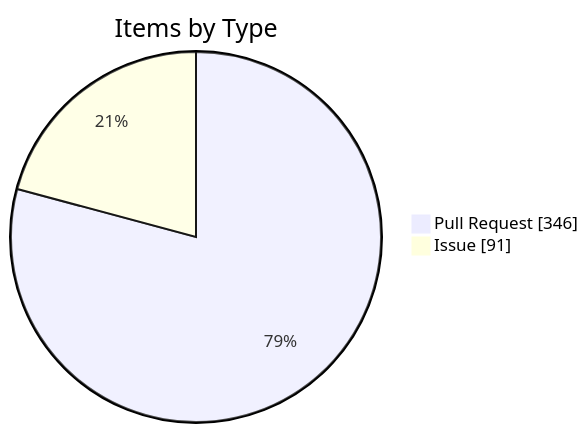
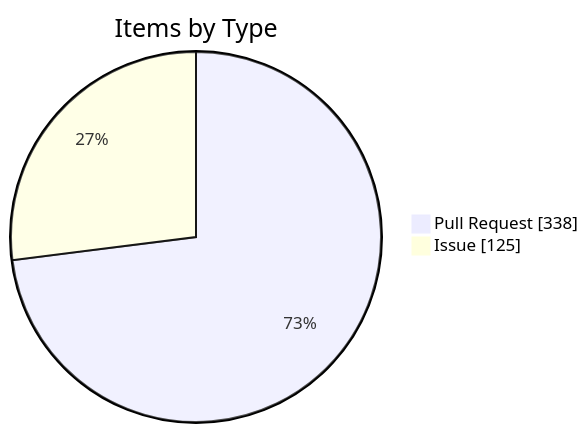
One commit to KBVE/kbve changed the fourth of 4 diagrams in apps/kbve/astro-kbve/src/content/docs/dashboard/kanban-data.mdx. Above: the diagram before and after it, drawn with Mermaid. The commit also changed other lines of this file and 8 other files, not shown here.

````diff
--- a/apps/kbve/astro-kbve/src/content/docs/dashboard/kanban-data.mdx
+++ b/apps/kbve/astro-kbve/src/content/docs/dashboard/kanban-data.mdx
@@ -116,6 +116,6 @@
 ```mermaid
 pie showData
     title Items by Type
-    "Pull Request" : 346
-    "Issue" : 91
+    "Pull Request" : 338
+    "Issue" : 125
 ```
````
